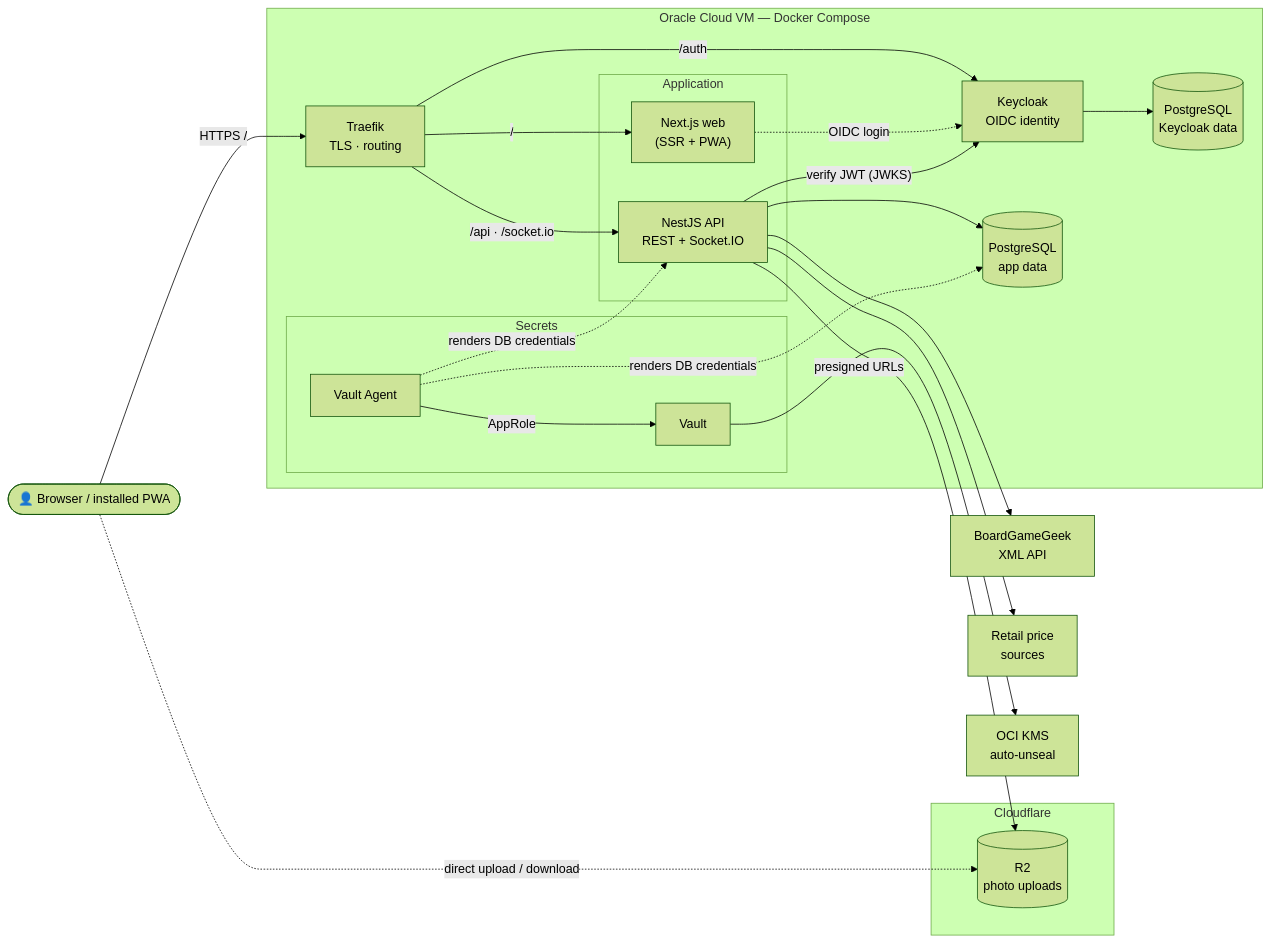
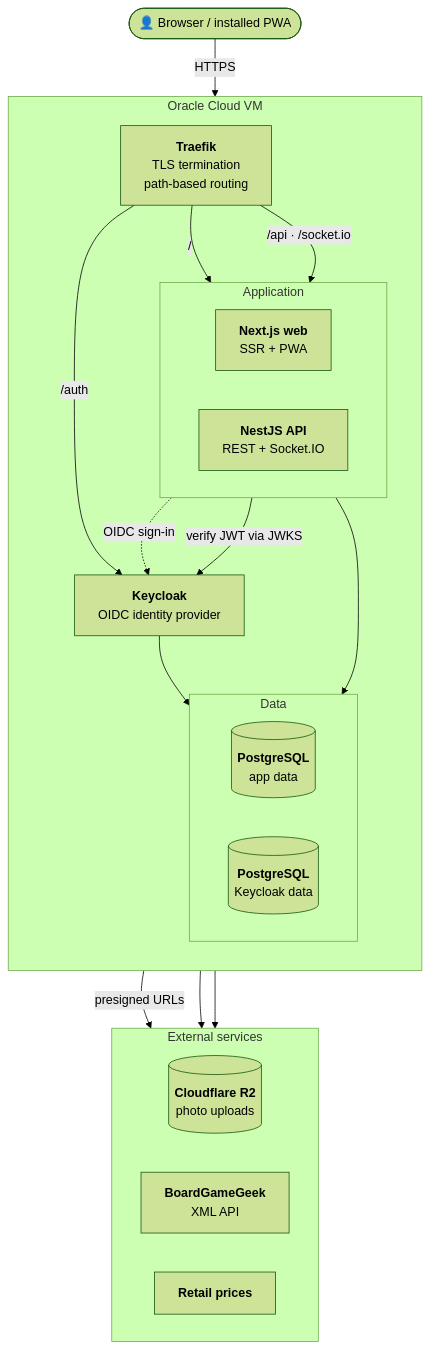
Before and after one commit to socah/bggg: the first of 3 diagrams in README.md, drawn with Mermaid (forest theme). The commit also changed other lines of this file, not shown here.

Commit message:
Make README architecture diagrams vertical and larger
GitHub scales Mermaid diagrams to the page width, so the single wide
left-to-right diagram rendered with tiny text. Split it into a top-down
runtime diagram and a separate secrets-flow diagram, and lay out the
delivery pipeline top-down with a single deploy gate.

````diff
--- a/README.md
+++ b/README.md
@@ -48,51 +52,48 @@
 ```mermaid
-flowchart LR
+flowchart TB
     user(["👤 Browser / installed PWA"])
 
-    subgraph cloudflare["Cloudflare"]
-        r2[("R2<br/>photo uploads")]
-    end
-
-    bgg["BoardGameGeek<br/>XML API"]
-    prices["Retail price<br/>sources"]
-
-    subgraph oci["Oracle Cloud VM — Docker Compose"]
-        traefik["Traefik<br/>TLS · routing"]
+    subgraph vm["Oracle Cloud VM"]
+        direction TB
+        traefik["<b>Traefik</b><br/>TLS termination<br/>path-based routing"]
 
         subgraph app["Application"]
-            web["Next.js web<br/>(SSR + PWA)"]
-            api["NestJS API<br/>REST + Socket.IO"]
+            direction LR
+            web["<b>Next.js web</b><br/>SSR + PWA"]
+            api["<b>NestJS API</b><br/>REST + Socket.IO"]
         end
 
-        keycloak["Keycloak<br/>OIDC identity"]
-        db[("PostgreSQL<br/>app data")]
-        kcdb[("PostgreSQL<br/>Keycloak data")]
+        keycloak["<b>Keycloak</b><br/>OIDC identity provider"]
 
-        subgraph secrets["Secrets"]
-            vault["Vault"]
-            agent["Vault Agent"]
+        subgraph data["Data"]
+            direction LR
+            db[("<b>PostgreSQL</b><br/>app data")]
+            kcdb[("<b>PostgreSQL</b><br/>Keycloak data")]
         end
     end
 
-    kms["OCI KMS<br/>auto-unseal"]
+    subgraph ext["External services"]
+        direction LR
+        r2[("<b>Cloudflare R2</b><br/>photo uploads")]
+        bgg["<b>BoardGameGeek</b><br/>XML API"]
+        prices["<b>Retail prices</b>"]
+    end
 
-    user -- "HTTPS /" --> traefik
-    traefik -- "/" --> web
-    traefik -- "/api · /socket.io" --> api
-    traefik -- "/auth" --> keycloak
+    user -->|HTTPS| traefik
+    traefik -->|"/"| web
+    traefik -->|"/api · /socket.io"| api
+    traefik -->|"/auth"| keycloak
 
-    web -. "OIDC login" .-> keycloak
-    api -- "verify JWT (JWKS)" --> keycloak
+    web -.->|OIDC sign-in| keycloak
+    api -->|verify JWT via JWKS| keycloak
     api --> db
     keycloak --> kcdb
 
-    api -- "presigned URLs" --> r2
-    user -. "direct upload / download" .-> r2
+    api -->|presigned URLs| r2
     api --> bgg
     api --> prices
 
-    vault --> kms
-    agent -- "AppRole" --> vault
-    agent -. "renders DB credentials" .-> db
-    agent -. "renders DB credentials" .-> api
+    %% Invisible links: keep external services as a bottom row
+    db ~~~ bgg
+    kcdb ~~~ prices
 ```
````
